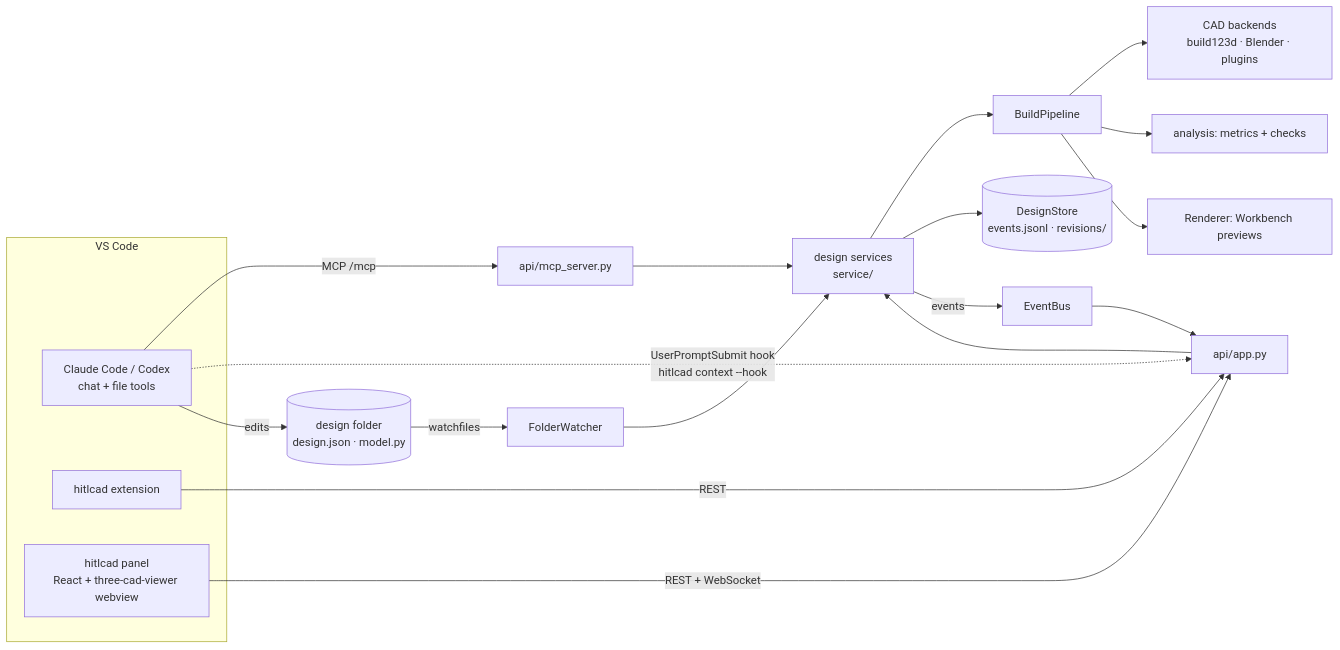
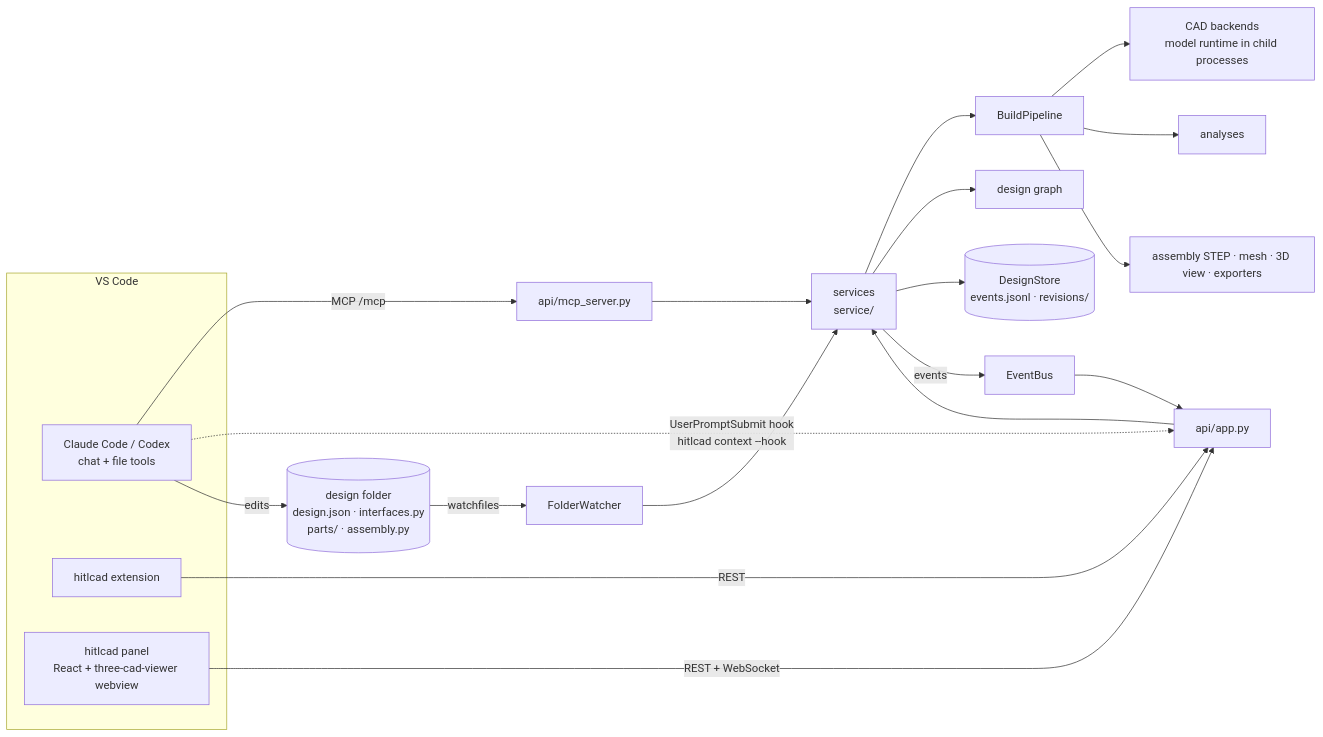
Before and after one commit to blne-team/hitlcad: the diagram in docs/architecture.md, drawn with Mermaid. The commit also changed other lines of this file and 44 other files, not shown here.

First line of the commit message:
Panel, extension and docs for the assembly model; stack and motion

````diff
--- a/docs/architecture.md
+++ b/docs/architecture.md
@@ -11,22 +14,23 @@
 ```mermaid
 flowchart LR
   subgraph VS Code
     CC[Claude Code / Codex<br/>chat + file tools]
     EXT[hitlcad extension]
     PANEL[hitlcad panel<br/>React + three-cad-viewer webview]
   end
   CC -- MCP /mcp --> MCP[api/mcp_server.py]
   CC -. UserPromptSubmit hook<br/>hitlcad context --hook .-> API
-  CC -- edits --> F[(design folder<br/>design.json · model.py)]
+  CC -- edits --> F[(design folder<br/>design.json · interfaces.py<br/>parts/ · assembly.py)]
   EXT -- REST --> API[api/app.py]
   PANEL -- REST + WebSocket --> API
   F -- watchfiles --> W[FolderWatcher]
   W --> S
-  API --> S[design services<br/>service/]
+  API --> S[services<br/>service/]
   MCP --> S
-  S --> P[BuildPipeline] --> B[CAD backends<br/>build123d · Blender · plugins]
-  P --> I[analysis: metrics + checks]
-  P --> R[Renderer: Workbench previews]
+  S --> P[BuildPipeline] --> B[CAD backends<br/>model runtime in child processes]
+  P --> A[analyses]
+  P --> X[assembly STEP · mesh · 3D view · exporters]
+  S --> G[design graph]
   S --> ST[(DesignStore<br/>events.jsonl · revisions/)]
   S -- events --> BUS[EventBus] --> API
 ```
````
